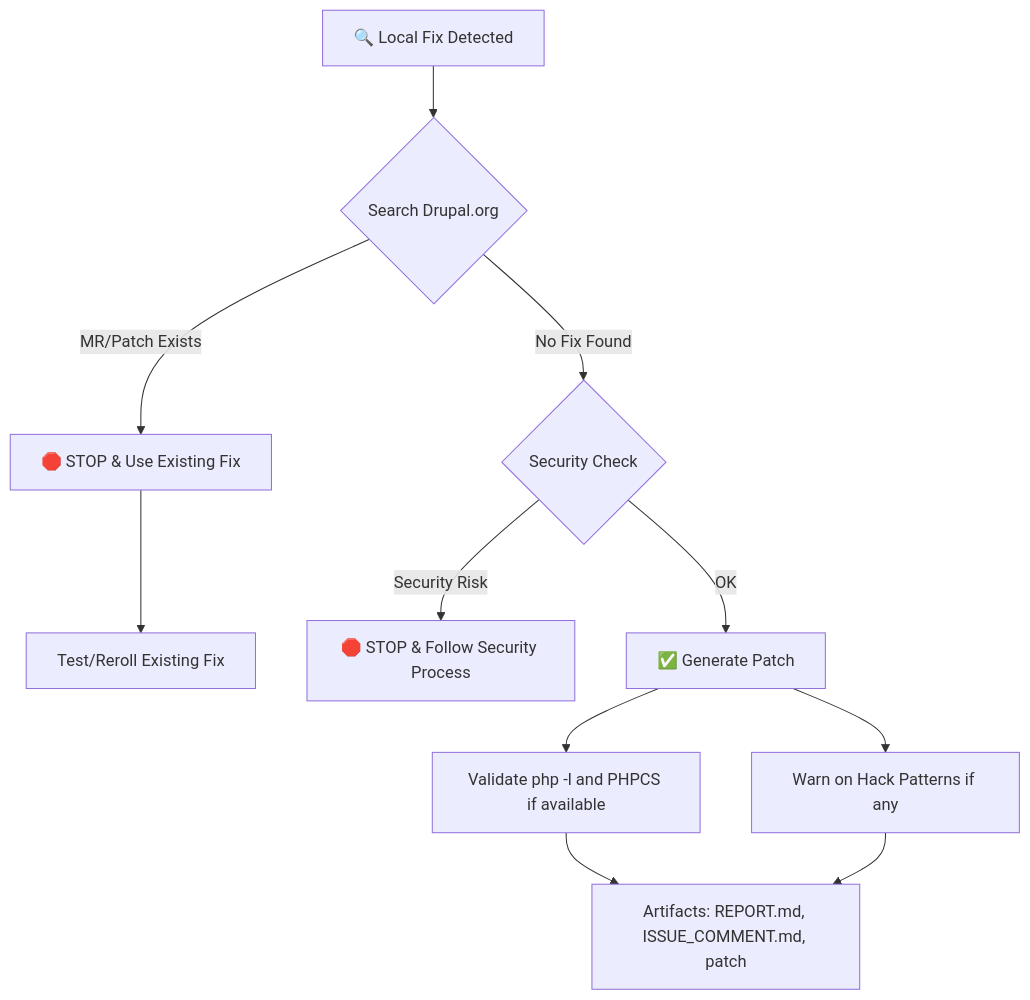
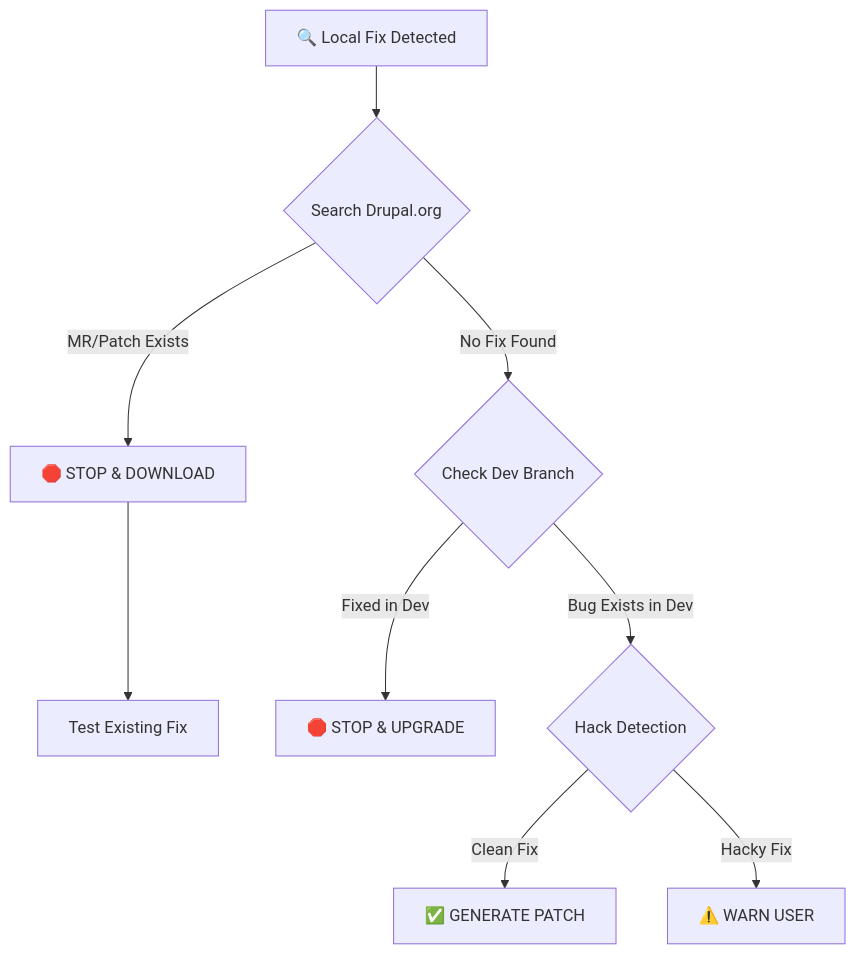
Before and after one commit to scottfalconer/drupal-contribute-fix: the diagram in README.md, drawn with Mermaid. The commit also changed other lines of this file, not shown here.

````diff
--- a/README.md
+++ b/README.md
@@ -79,13 +79,11 @@
 ```mermaid
 graph TD
     A[🔍 Local Fix Detected] --> B{Search Drupal.org}
-    B -- MR/Patch Exists --> C[🛑 STOP & Use Existing Fix]
-    C --> D[Test/Reroll Existing Fix]
-    B -- No Fix Found --> E{Security Check}
-    E -- Security Risk --> F[🛑 STOP & Follow Security Process]
-    E -- OK --> G[✅ Generate Patch]
-    G --> H[Validate php -l and PHPCS if available]
-    G --> J[Warn on Hack Patterns if any]
-    H --> I[Artifacts: REPORT.md, ISSUE_COMMENT.md, patch]
-    J --> I
+    B -- MR/Patch Exists --> C[🛑 STOP & DOWNLOAD]
+    C --> D[Test Existing Fix]
+    B -- No Fix Found --> E{Check Dev Branch}
+    E -- Fixed in Dev --> F[🛑 STOP & UPGRADE]
+    E -- Bug Exists in Dev --> H{Hack Detection}
+    H -- Clean Fix --> I[✅ GENERATE PATCH]
+    H -- Hacky Fix --> K[⚠️ WARN USER]
 ```
````
